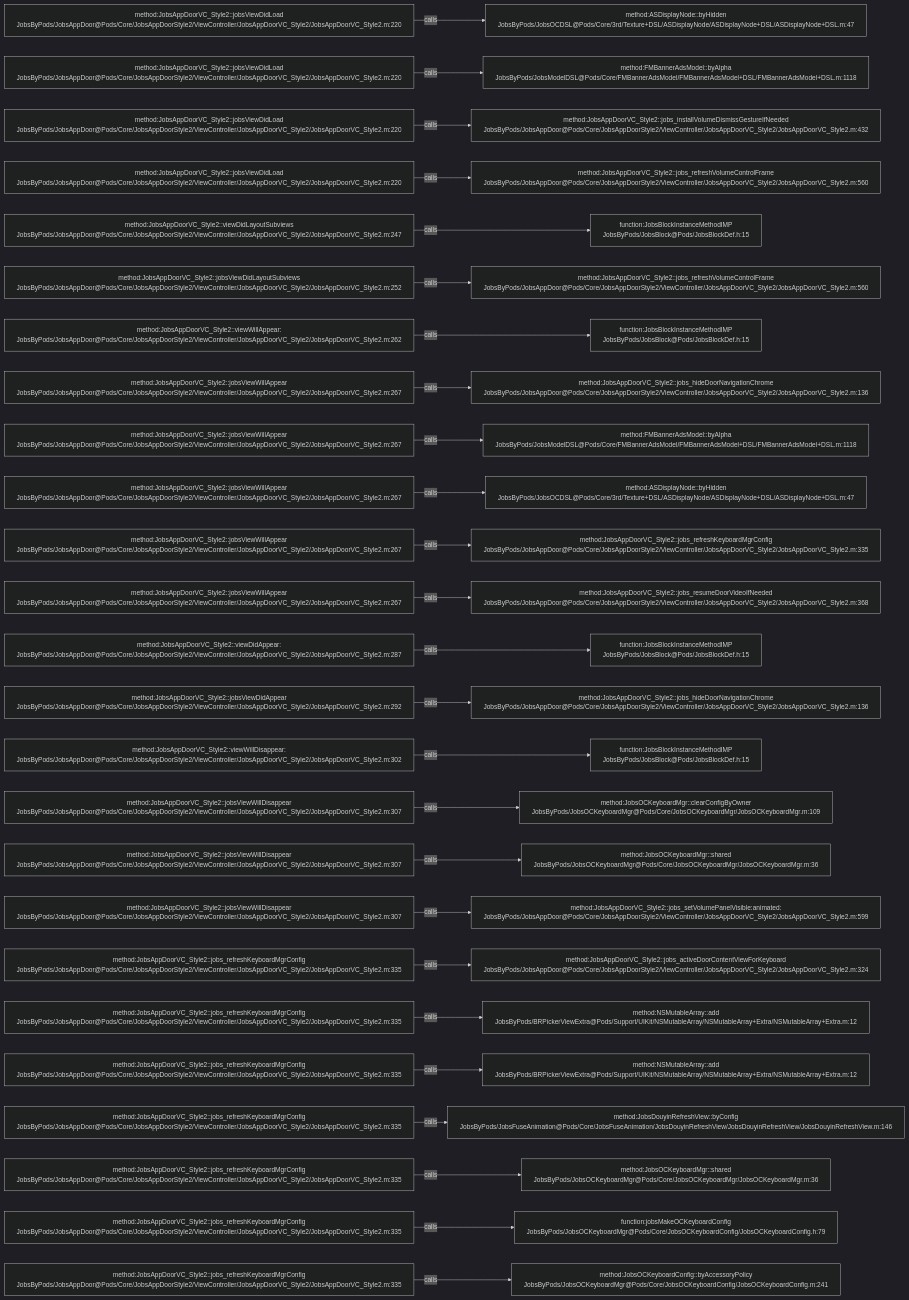
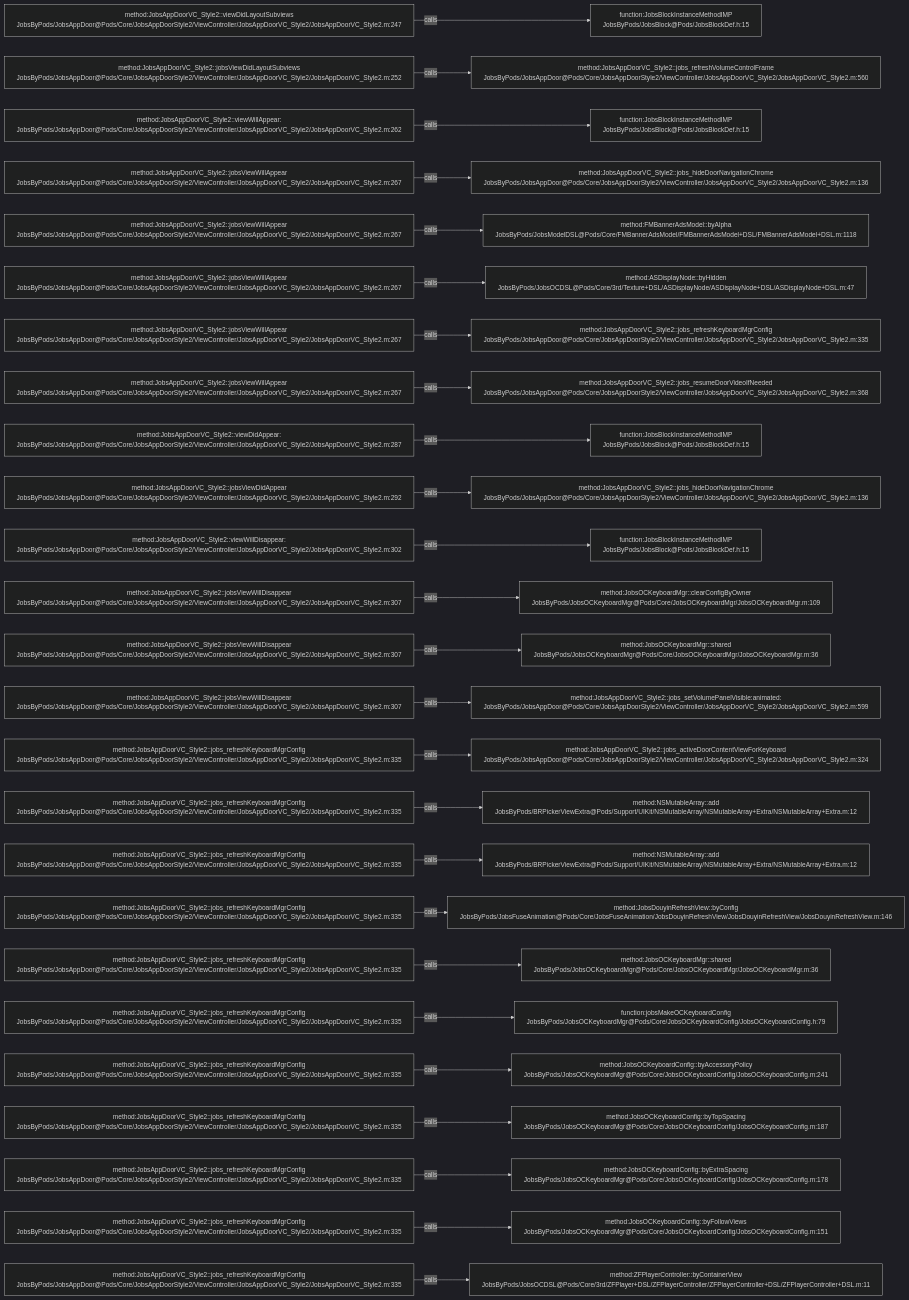
Before and after one commit to JobsKits/JobsOCBaseConfigDemo: the diagram in .codegraph/codegraph.md/graphs/calls-137.md, drawn with Mermaid (dark theme). The commit also changed 116 other files, not shown here.

````diff
--- a/.codegraph/codegraph.md/graphs/calls-137.md
+++ b/.codegraph/codegraph.md/graphs/calls-137.md
@@ -13,78 +13,78 @@
 ```mermaid
 flowchart LR
-  S1["method:JobsAppDoorVC_Style2::jobsViewDidLoad<br/>JobsByPods/JobsAppDoor@Pods/Core/JobsAppDoorStyle2/ViewController/JobsAppDoorVC_Style2/JobsAppDoorVC_Style2.m:220"]
-  T1["method:ASDisplayNode::byHidden<br/>JobsByPods/JobsOCDSL@Pods/Core/3rd/Texture+DSL/ASDisplayNode/ASDisplayNode+DSL/ASDisplayNode+DSL.m:47"]
+  S1["method:JobsAppDoorVC_Style2::viewDidLayoutSubviews<br/>JobsByPods/JobsAppDoor@Pods/Core/JobsAppDoorStyle2/ViewController/JobsAppDoorVC_Style2/JobsAppDoorVC_Style2.m:247"]
+  T1["function:JobsBlockInstanceMethodIMP<br/>JobsByPods/JobsBlock@Pods/JobsBlockDef.h:15"]
   S1 -->|calls| T1
-  S2["method:JobsAppDoorVC_Style2::jobsViewDidLoad<br/>JobsByPods/JobsAppDoor@Pods/Core/JobsAppDoorStyle2/ViewController/JobsAppDoorVC_Style2/JobsAppDoorVC_Style2.m:220"]
-  T2["method:FMBannerAdsModel::byAlpha<br/>JobsByPods/JobsModelDSL@Pods/Core/FMBannerAdsModel/FMBannerAdsModel+DSL/FMBannerAdsModel+DSL.m:1118"]
+  S2["method:JobsAppDoorVC_Style2::jobsViewDidLayoutSubviews<br/>JobsByPods/JobsAppDoor@Pods/Core/JobsAppDoorStyle2/ViewController/JobsAppDoorVC_Style2/JobsAppDoorVC_Style2.m:252"]
+  T2["method:JobsAppDoorVC_Style2::jobs_refreshVolumeControlFrame<br/>JobsByPods/JobsAppDoor@Pods/Core/JobsAppDoorStyle2/ViewController/JobsAppDoorVC_Style2/JobsAppDoorVC_Style2.m:560"]
   S2 -->|calls| T2
-  S3["method:JobsAppDoorVC_Style2::jobsViewDidLoad<br/>JobsByPods/JobsAppDoor@Pods/Core/JobsAppDoorStyle2/ViewController/JobsAppDoorVC_Style2/JobsAppDoorVC_Style2.m:220"]
-  T3["method:JobsAppDoorVC_Style2::jobs_installVolumeDismissGestureIfNeeded<br/>JobsByPods/JobsAppDoor@Pods/Core/JobsAppDoorStyle2/ViewController/JobsAppDoorVC_Style2/JobsAppDoorVC_Style2.m:432"]
+  S3["method:JobsAppDoorVC_Style2::viewWillAppear:<br/>JobsByPods/JobsAppDoor@Pods/Core/JobsAppDoorStyle2/ViewController/JobsAppDoorVC_Style2/JobsAppDoorVC_Style2.m:262"]
+  T3["function:JobsBlockInstanceMethodIMP<br/>JobsByPods/JobsBlock@Pods/JobsBlockDef.h:15"]
   S3 -->|calls| T3
-  S4["method:JobsAppDoorVC_Style2::jobsViewDidLoad<br/>JobsByPods/JobsAppDoor@Pods/Core/JobsAppDoorStyle2/ViewController/JobsAppDoorVC_Style2/JobsAppDoorVC_Style2.m:220"]
-  T4["method:JobsAppDoorVC_Style2::jobs_refreshVolumeControlFrame<br/>JobsByPods/JobsAppDoor@Pods/Core/JobsAppDoorStyle2/ViewController/JobsAppDoorVC_Style2/JobsAppDoorVC_Style2.m:560"]
+  S4["method:JobsAppDoorVC_Style2::jobsViewWillAppear<br/>JobsByPods/JobsAppDoor@Pods/Core/JobsAppDoorStyle2/ViewController/JobsAppDoorVC_Style2/JobsAppDoorVC_Style2.m:267"]
+  T4["method:JobsAppDoorVC_Style2::jobs_hideDoorNavigationChrome<br/>JobsByPods/JobsAppDoor@Pods/Core/JobsAppDoorStyle2/ViewController/JobsAppDoorVC_Style2/JobsAppDoorVC_Style2.m:136"]
   S4 -->|calls| T4
-  S5["method:JobsAppDoorVC_Style2::viewDidLayoutSubviews<br/>JobsByPods/JobsAppDoor@Pods/Core/JobsAppDoorStyle2/ViewController/JobsAppDoorVC_Style2/JobsAppDoorVC_Style2.m:247"]
-  T5["function:JobsBlockInstanceMethodIMP<br/>JobsByPods/JobsBlock@Pods/JobsBlockDef.h:15"]
+  S5["method:JobsAppDoorVC_Style2::jobsViewWillAppear<br/>JobsByPods/JobsAppDoor@Pods/Core/JobsAppDoorStyle2/ViewController/JobsAppDoorVC_Style2/JobsAppDoorVC_Style2.m:267"]
+  T5["method:FMBannerAdsModel::byAlpha<br/>JobsByPods/JobsModelDSL@Pods/Core/FMBannerAdsModel/FMBannerAdsModel+DSL/FMBannerAdsModel+DSL.m:1118"]
   S5 -->|calls| T5
-  S6["method:JobsAppDoorVC_Style2::jobsViewDidLayoutSubviews<br/>JobsByPods/JobsAppDoor@Pods/Core/JobsAppDoorStyle2/ViewController/JobsAppDoorVC_Style2/JobsAppDoorVC_Style2.m:252"]
-  T6["method:JobsAppDoorVC_Style2::jobs_refreshVolumeControlFrame<br/>JobsByPods/JobsAppDoor@Pods/Core/JobsAppDoorStyle2/ViewController/JobsAppDoorVC_Style2/JobsAppDoorVC_Style2.m:560"]
+  S6["method:JobsAppDoorVC_Style2::jobsViewWillAppear<br/>JobsByPods/JobsAppDoor@Pods/Core/JobsAppDoorStyle2/ViewController/JobsAppDoorVC_Style2/JobsAppDoorVC_Style2.m:267"]
+  T6["method:ASDisplayNode::byHidden<br/>JobsByPods/JobsOCDSL@Pods/Core/3rd/Texture+DSL/ASDisplayNode/ASDisplayNode+DSL/ASDisplayNode+DSL.m:47"]
   S6 -->|calls| T6
-  S7["method:JobsAppDoorVC_Style2::viewWillAppear:<br/>JobsByPods/JobsAppDoor@Pods/Core/JobsAppDoorStyle2/ViewController/JobsAppDoorVC_Style2/JobsAppDoorVC_Style2.m:262"]
-  T7["function:JobsBlockInstanceMethodIMP<br/>JobsByPods/JobsBlock@Pods/JobsBlockDef.h:15"]
+  S7["method:JobsAppDoorVC_Style2::jobsViewWillAppear<br/>JobsByPods/JobsAppDoor@Pods/Core/JobsAppDoorStyle2/ViewController/JobsAppDoorVC_Style2/JobsAppDoorVC_Style2.m:267"]
+  T7["method:JobsAppDoorVC_Style2::jobs_refreshKeyboardMgrConfig<br/>JobsByPods/JobsAppDoor@Pods/Core/JobsAppDoorStyle2/ViewController/JobsAppDoorVC_Style2/JobsAppDoorVC_Style2.m:335"]
   S7 -->|calls| T7
   S8["method:JobsAppDoorVC_Style2::jobsViewWillAppear<br/>JobsByPods/JobsAppDoor@Pods/Core/JobsAppDoorStyle2/ViewController/JobsAppDoorVC_Style2/JobsAppDoorVC_Style2.m:267"]
-  T8["method:JobsAppDoorVC_Style2::jobs_hideDoorNavigationChrome<br/>JobsByPods/JobsAppDoor@Pods/Core/JobsAppDoorStyle2/ViewController/JobsAppDoorVC_Style2/JobsAppDoorVC_Style2.m:136"]
+  T8["method:JobsAppDoorVC_Style2::jobs_resumeDoorVideoIfNeeded<br/>JobsByPods/JobsAppDoor@Pods/Core/JobsAppDoorStyle2/ViewController/JobsAppDoorVC_Style2/JobsAppDoorVC_Style2.m:368"]
   S8 -->|calls| T8
-  S9["method:JobsAppDoorVC_Style2::jobsViewWillAppear<br/>JobsByPods/JobsAppDoor@Pods/Core/JobsAppDoorStyle2/ViewController/JobsAppDoorVC_Style2/JobsAppDoorVC_Style2.m:267"]
-  T9["method:FMBannerAdsModel::byAlpha<br/>JobsByPods/JobsModelDSL@Pods/Core/FMBannerAdsModel/FMBannerAdsModel+DSL/FMBannerAdsModel+DSL.m:1118"]
+  S9["method:JobsAppDoorVC_Style2::viewDidAppear:<br/>JobsByPods/JobsAppDoor@Pods/Core/JobsAppDoorStyle2/ViewController/JobsAppDoorVC_Style2/JobsAppDoorVC_Style2.m:287"]
+  T9["function:JobsBlockInstanceMethodIMP<br/>JobsByPods/JobsBlock@Pods/JobsBlockDef.h:15"]
   S9 -->|calls| T9
-  S10["method:JobsAppDoorVC_Style2::jobsViewWillAppear<br/>JobsByPods/JobsAppDoor@Pods/Core/JobsAppDoorStyle2/ViewController/JobsAppDoorVC_Style2/JobsAppDoorVC_Style2.m:267"]
-  T10["method:ASDisplayNode::byHidden<br/>JobsByPods/JobsOCDSL@Pods/Core/3rd/Texture+DSL/ASDisplayNode/ASDisplayNode+DSL/ASDisplayNode+DSL.m:47"]
+  S10["method:JobsAppDoorVC_Style2::jobsViewDidAppear<br/>JobsByPods/JobsAppDoor@Pods/Core/JobsAppDoorStyle2/ViewController/JobsAppDoorVC_Style2/JobsAppDoorVC_Style2.m:292"]
+  T10["method:JobsAppDoorVC_Style2::jobs_hideDoorNavigationChrome<br/>JobsByPods/JobsAppDoor@Pods/Core/JobsAppDoorStyle2/ViewController/JobsAppDoorVC_Style2/JobsAppDoorVC_Style2.m:136"]
   S10 -->|calls| T10
-  S11["method:JobsAppDoorVC_Style2::jobsViewWillAppear<br/>JobsByPods/JobsAppDoor@Pods/Core/JobsAppDoorStyle2/ViewController/JobsAppDoorVC_Style2/JobsAppDoorVC_Style2.m:267"]
-  T11["method:JobsAppDoorVC_Style2::jobs_refreshKeyboardMgrConfig<br/>JobsByPods/JobsAppDoor@Pods/Core/JobsAppDoorStyle2/ViewController/JobsAppDoorVC_Style2/JobsAppDoorVC_Style2.m:335"]
+  S11["method:JobsAppDoorVC_Style2::viewWillDisappear:<br/>JobsByPods/JobsAppDoor@Pods/Core/JobsAppDoorStyle2/ViewController/JobsAppDoorVC_Style2/JobsAppDoorVC_Style2.m:302"]
+  T11["function:JobsBlockInstanceMethodIMP<br/>JobsByPods/JobsBlock@Pods/JobsBlockDef.h:15"]
   S11 -->|calls| T11
-  S12["method:JobsAppDoorVC_Style2::jobsViewWillAppear<br/>JobsByPods/JobsAppDoor@Pods/Core/JobsAppDoorStyle2/ViewController/JobsAppDoorVC_Style2/JobsAppDoorVC_Style2.m:267"]
-  T12["method:JobsAppDoorVC_Style2::jobs_resumeDoorVideoIfNeeded<br/>JobsByPods/JobsAppDoor@Pods/Core/JobsAppDoorStyle2/ViewController/JobsAppDoorVC_Style2/JobsAppDoorVC_Style2.m:368"]
+  S12["method:JobsAppDoorVC_Style2::jobsViewWillDisappear<br/>JobsByPods/JobsAppDoor@Pods/Core/JobsAppDoorStyle2/ViewController/JobsAppDoorVC_Style2/JobsAppDoorVC_Style2.m:307"]
+  T12["method:JobsOCKeyboardMgr::clearConfigByOwner<br/>JobsByPods/JobsOCKeyboardMgr@Pods/Core/JobsOCKeyboardMgr/JobsOCKeyboardMgr.m:109"]
   S12 -->|calls| T12
-  S13["method:JobsAppDoorVC_Style2::viewDidAppear:<br/>JobsByPods/JobsAppDoor@Pods/Core/JobsAppDoorStyle2/ViewController/JobsAppDoorVC_Style2/JobsAppDoorVC_Style2.m:287"]
-  T13["function:JobsBlockInstanceMethodIMP<br/>JobsByPods/JobsBlock@Pods/JobsBlockDef.h:15"]
+  S13["method:JobsAppDoorVC_Style2::jobsViewWillDisappear<br/>JobsByPods/JobsAppDoor@Pods/Core/JobsAppDoorStyle2/ViewController/JobsAppDoorVC_Style2/JobsAppDoorVC_Style2.m:307"]
+  T13["method:JobsOCKeyboardMgr::shared<br/>JobsByPods/JobsOCKeyboardMgr@Pods/Core/JobsOCKeyboardMgr/JobsOCKeyboardMgr.m:36"]
   S13 -->|calls| T13
-  S14["method:JobsAppDoorVC_Style2::jobsViewDidAppear<br/>JobsByPods/JobsAppDoor@Pods/Core/JobsAppDoorStyle2/ViewController/JobsAppDoorVC_Style2/JobsAppDoorVC_Style2.m:292"]
-  T14["method:JobsAppDoorVC_Style2::jobs_hideDoorNavigationChrome<br/>JobsByPods/JobsAppDoor@Pods/Core/JobsAppDoorStyle2/ViewController/JobsAppDoorVC_Style2/JobsAppDoorVC_Style2.m:136"]
+  S14["method:JobsAppDoorVC_Style2::jobsViewWillDisappear<br/>JobsByPods/JobsAppDoor@Pods/Core/JobsAppDoorStyle2/ViewController/JobsAppDoorVC_Style2/JobsAppDoorVC_Style2.m:307"]
+  T14["method:JobsAppDoorVC_Style2::jobs_setVolumePanelVisible:animated:<br/>JobsByPods/JobsAppDoor@Pods/Core/JobsAppDoorStyle2/ViewController/JobsAppDoorVC_Style2/JobsAppDoorVC_Style2.m:599"]
   S14 -->|calls| T14
-  S15["method:JobsAppDoorVC_Style2::viewWillDisappear:<br/>JobsByPods/JobsAppDoor@Pods/Core/JobsAppDoorStyle2/ViewController/JobsAppDoorVC_Style2/JobsAppDoorVC_Style2.m:302"]
-  T15["function:JobsBlockInstanceMethodIMP<br/>JobsByPods/JobsBlock@Pods/JobsBlockDef.h:15"]
+  S15["method:JobsAppDoorVC_Style2::jobs_refreshKeyboardMgrConfig<br/>JobsByPods/JobsAppDoor@Pods/Core/JobsAppDoorStyle2/ViewController/JobsAppDoorVC_Style2/JobsAppDoorVC_Style2.m:335"]
+  T15["method:JobsAppDoorVC_Style2::jobs_activeDoorContentViewForKeyboard<br/>JobsByPods/JobsAppDoor@Pods/Core/JobsAppDoorStyle2/ViewController/JobsAppDoorVC_Style2/JobsAppDoorVC_Style2.m:324"]
   S15 -->|calls| T15
-  S16["method:JobsAppDoorVC_Style2::jobsViewWillDisappear<br/>JobsByPods/JobsAppDoor@Pods/Core/JobsAppDoorStyle2/ViewController/JobsAppDoorVC_Style2/JobsAppDoorVC_Style2.m:307"]
-  T16["method:JobsOCKeyboardMgr::clearConfigByOwner<br/>JobsByPods/JobsOCKeyboardMgr@Pods/Core/JobsOCKeyboardMgr/JobsOCKeyboardMgr.m:109"]
+  S16["method:JobsAppDoorVC_Style2::jobs_refreshKeyboardMgrConfig<br/>JobsByPods/JobsAppDoor@Pods/Core/JobsAppDoorStyle2/ViewController/JobsAppDoorVC_Style2/JobsAppDoorVC_Style2.m:335"]
+  T16["method:NSMutableArray::add<br/>JobsByPods/BRPickerViewExtra@Pods/Support/UIKit/NSMutableArray/NSMutableArray+Extra/NSMutableArray+Extra.m:12"]
   S16 -->|calls| T16
-  S17["method:JobsAppDoorVC_Style2::jobsViewWillDisappear<br/>JobsByPods/JobsAppDoor@Pods/Core/JobsAppDoorStyle2/ViewController/JobsAppDoorVC_Style2/JobsAppDoorVC_Style2.m:307"]
-  T17["method:JobsOCKeyboardMgr::shared<br/>JobsByPods/JobsOCKeyboardMgr@Pods/Core/JobsOCKeyboardMgr/JobsOCKeyboardMgr.m:36"]
+  S17["method:JobsAppDoorVC_Style2::jobs_refreshKeyboardMgrConfig<br/>JobsByPods/JobsAppDoor@Pods/Core/JobsAppDoorStyle2/ViewController/JobsAppDoorVC_Style2/JobsAppDoorVC_Style2.m:335"]
+  T17["method:NSMutableArray::add<br/>JobsByPods/BRPickerViewExtra@Pods/Support/UIKit/NSMutableArray/NSMutableArray+Extra/NSMutableArray+Extra.m:12"]
   S17 -->|calls| T17
-  S18["method:JobsAppDoorVC_Style2::jobsViewWillDisappear<br/>JobsByPods/JobsAppDoor@Pods/Core/JobsAppDoorStyle2/ViewController/JobsAppDoorVC_Style2/JobsAppDoorVC_Style2.m:307"]
-  T18["method:JobsAppDoorVC_Style2::jobs_setVolumePanelVisible:animated:<br/>JobsByPods/JobsAppDoor@Pods/Core/JobsAppDoorStyle2/ViewController/JobsAppDoorVC_Style2/JobsAppDoorVC_Style2.m:599"]
+  S18["method:JobsAppDoorVC_Style2::jobs_refreshKeyboardMgrConfig<br/>JobsByPods/JobsAppDoor@Pods/Core/JobsAppDoorStyle2/ViewController/JobsAppDoorVC_Style2/JobsAppDoorVC_Style2.m:335"]
+  T18["method:JobsDouyinRefreshView::byConfig<br/>JobsByPods/JobsFuseAnimation@Pods/Core/JobsFuseAnimation/JobsDouyinRefreshView/JobsDouyinRefreshView/JobsDouyinRefreshView.m:146"]
   S18 -->|calls| T18
   S19["method:JobsAppDoorVC_Style2::jobs_refreshKeyboardMgrConfig<br/>JobsByPods/JobsAppDoor@Pods/Core/JobsAppDoorStyle2/ViewController/JobsAppDoorVC_Style2/JobsAppDoorVC_Style2.m:335"]
-  T19["method:JobsAppDoorVC_Style2::jobs_activeDoorContentViewForKeyboard<br/>JobsByPods/JobsAppDoor@Pods/Core/JobsAppDoorStyle2/ViewController/JobsAppDoorVC_Style2/JobsAppDoorVC_Style2.m:324"]
+  T19["method:JobsOCKeyboardMgr::shared<br/>JobsByPods/JobsOCKeyboardMgr@Pods/Core/JobsOCKeyboardMgr/JobsOCKeyboardMgr.m:36"]
   S19 -->|calls| T19
   S20["method:JobsAppDoorVC_Style2::jobs_refreshKeyboardMgrConfig<br/>JobsByPods/JobsAppDoor@Pods/Core/JobsAppDoorStyle2/ViewController/JobsAppDoorVC_Style2/JobsAppDoorVC_Style2.m:335"]
-  T20["method:NSMutableArray::add<br/>JobsByPods/BRPickerViewExtra@Pods/Support/UIKit/NSMutableArray/NSMutableArray+Extra/NSMutableArray+Extra.m:12"]
+  T20["function:jobsMakeOCKeyboardConfig<br/>JobsByPods/JobsOCKeyboardMgr@Pods/Core/JobsOCKeyboardConfig/JobsOCKeyboardConfig.h:79"]
   S20 -->|calls| T20
   S21["method:JobsAppDoorVC_Style2::jobs_refreshKeyboardMgrConfig<br/>JobsByPods/JobsAppDoor@Pods/Core/JobsAppDoorStyle2/ViewController/JobsAppDoorVC_Style2/JobsAppDoorVC_Style2.m:335"]
-  T21["method:NSMutableArray::add<br/>JobsByPods/BRPickerViewExtra@Pods/Support/UIKit/NSMutableArray/NSMutableArray+Extra/NSMutableArray+Extra.m:12"]
+  T21["method:JobsOCKeyboardConfig::byAccessoryPolicy<br/>JobsByPods/JobsOCKeyboardMgr@Pods/Core/JobsOCKeyboardConfig/JobsOCKeyboardConfig.m:241"]
   S21 -->|calls| T21
   S22["method:JobsAppDoorVC_Style2::jobs_refreshKeyboardMgrConfig<br/>JobsByPods/JobsAppDoor@Pods/Core/JobsAppDoorStyle2/ViewController/JobsAppDoorVC_Style2/JobsAppDoorVC_Style2.m:335"]
-  T22["method:JobsDouyinRefreshView::byConfig<br/>JobsByPods/JobsFuseAnimation@Pods/Core/JobsFuseAnimation/JobsDouyinRefreshView/JobsDouyinRefreshView/JobsDouyinRefreshView.m:146"]
+  T22["method:JobsOCKeyboardConfig::byTopSpacing<br/>JobsByPods/JobsOCKeyboardMgr@Pods/Core/JobsOCKeyboardConfig/JobsOCKeyboardConfig.m:187"]
   S22 -->|calls| T22
   S23["method:JobsAppDoorVC_Style2::jobs_refreshKeyboardMgrConfig<br/>JobsByPods/JobsAppDoor@Pods/Core/JobsAppDoorStyle2/ViewController/JobsAppDoorVC_Style2/JobsAppDoorVC_Style2.m:335"]
-  T23["method:JobsOCKeyboardMgr::shared<br/>JobsByPods/JobsOCKeyboardMgr@Pods/Core/JobsOCKeyboardMgr/JobsOCKeyboardMgr.m:36"]
+  T23["method:JobsOCKeyboardConfig::byExtraSpacing<br/>JobsByPods/JobsOCKeyboardMgr@Pods/Core/JobsOCKeyboardConfig/JobsOCKeyboardConfig.m:178"]
   S23 -->|calls| T23
   S24["method:JobsAppDoorVC_Style2::jobs_refreshKeyboardMgrConfig<br/>JobsByPods/JobsAppDoor@Pods/Core/JobsAppDoorStyle2/ViewController/JobsAppDoorVC_Style2/JobsAppDoorVC_Style2.m:335"]
-  T24["function:jobsMakeOCKeyboardConfig<br/>JobsByPods/JobsOCKeyboardMgr@Pods/Core/JobsOCKeyboardConfig/JobsOCKeyboardConfig.h:79"]
+  T24["method:JobsOCKeyboardConfig::byFollowViews<br/>JobsByPods/JobsOCKeyboardMgr@Pods/Core/JobsOCKeyboardConfig/JobsOCKeyboardConfig.m:151"]
   S24 -->|calls| T24
   S25["method:JobsAppDoorVC_Style2::jobs_refreshKeyboardMgrConfig<br/>JobsByPods/JobsAppDoor@Pods/Core/JobsAppDoorStyle2/ViewController/JobsAppDoorVC_Style2/JobsAppDoorVC_Style2.m:335"]
-  T25["method:JobsOCKeyboardConfig::byAccessoryPolicy<br/>JobsByPods/JobsOCKeyboardMgr@Pods/Core/JobsOCKeyboardConfig/JobsOCKeyboardConfig.m:241"]
+  T25["method:ZFPlayerController::byContainerView<br/>JobsByPods/JobsOCDSL@Pods/Core/3rd/ZFPlayer+DSL/ZFPlayerController/ZFPlayerController+DSL/ZFPlayerController+DSL.m:11"]
   S25 -->|calls| T25
 ```
````
